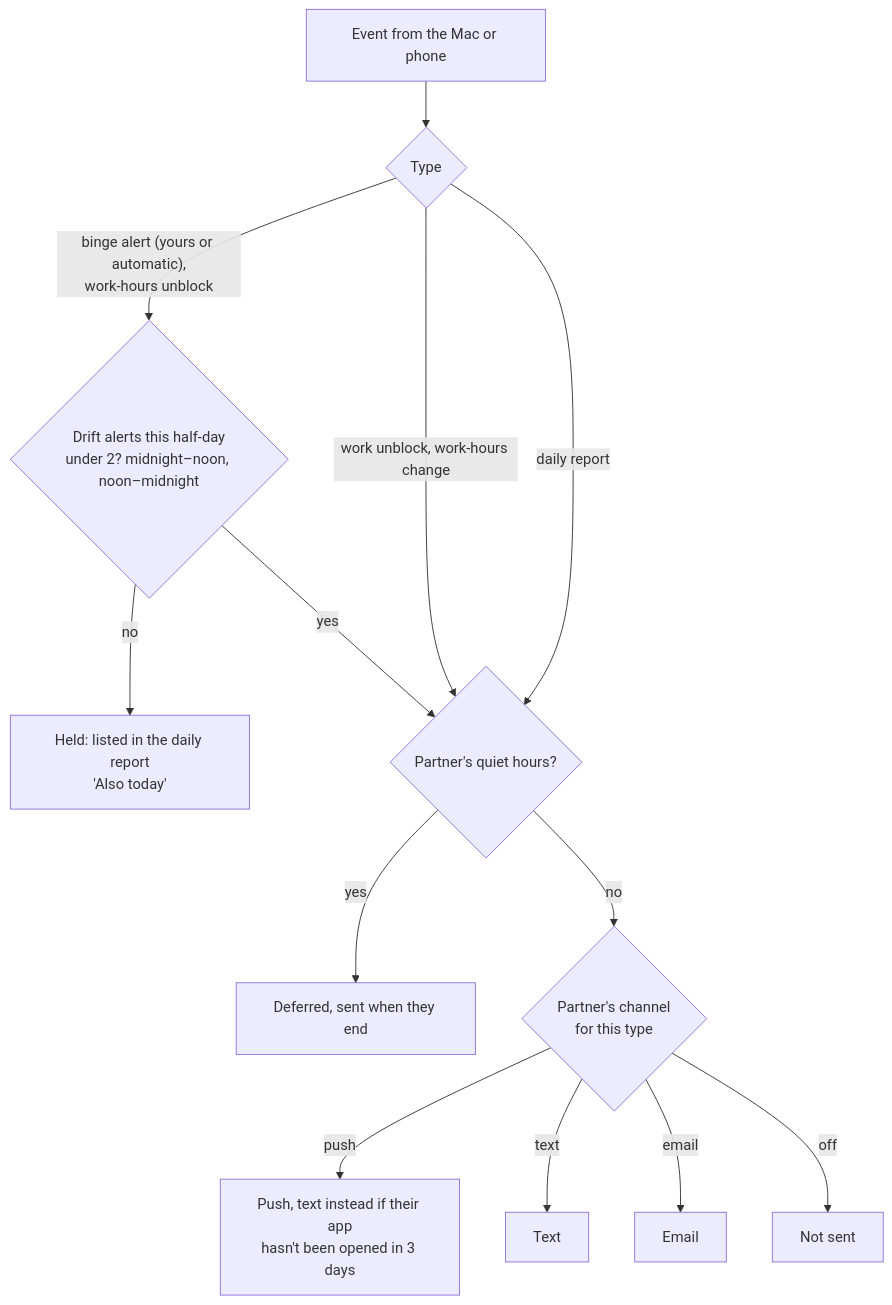
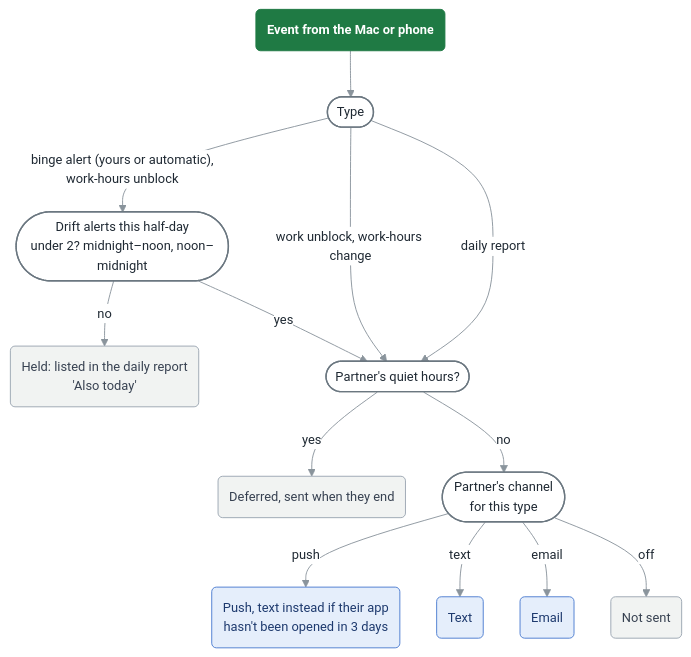
One commit to hodapp512/ontask changed the sixth of 7 diagrams in docs/FLOWS.md. Above: the diagram before and after it, drawn with Mermaid. The commit also changed other lines of this file and 1 other file, not shown here.

Commit message:
FLOWS.md: styled diagrams (theme, rounded boxes, pill questions, colors by meaning, legend)

````diff
--- a/docs/FLOWS.md
+++ b/docs/FLOWS.md
@@ -198,15 +287,28 @@
 ```mermaid
+%%{init: {"theme": "base", "themeVariables": {"fontFamily": "-apple-system, BlinkMacSystemFont, Segoe UI, Helvetica, Arial, sans-serif", "fontSize": "14px", "primaryColor": "#F7F9F8", "primaryBorderColor": "#B8C2BC", "primaryTextColor": "#1F2933", "lineColor": "#8A949C", "edgeLabelBackground": "#FFFFFF", "tertiaryColor": "#F7F9F8", "clusterBkg": "#F4F7F5", "clusterBorder": "#C8D0CB"}, "flowchart": {"curve": "basis", "nodeSpacing": 40, "rankSpacing": 50, "padding": 12}}}%%
 flowchart TD
-    EV[Event from the Mac or phone] --> T{Type}
-    T -- "binge alert (yours or automatic),<br/>work-hours unblock" --> CAP{Drift alerts this half-day<br/>under 2? midnight–noon, noon–midnight}
-    CAP -- no --> HOLD[Held: listed in the daily report<br/>'Also today']
+    EV("Event from the Mac or phone") --> T(["Type"])
+    T -- "binge alert (yours or automatic),<br/>work-hours unblock" --> CAP(["Drift alerts this half-day<br/>under 2? midnight–noon, noon–midnight"])
+    CAP -- no --> HOLD("Held: listed in the daily report<br/>'Also today'")
     CAP -- yes --> Q
     T -- "work unblock, work-hours change" --> Q
     T -- "daily report" --> Q
-    Q{Partner's quiet hours?} -- yes --> DEF[Deferred, sent when they end]
-    Q -- no --> CH{Partner's channel<br/>for this type}
-    CH -- push --> PUSH[Push, text instead if their app<br/>hasn't been opened in 3 days]
-    CH -- text --> TXT[Text]
-    CH -- email --> EM[Email]
-    CH -- off --> NONE[Not sent]
+    Q(["Partner's quiet hours?"]) -- yes --> DEF("Deferred, sent when they end")
+    Q -- no --> CH(["Partner's channel<br/>for this type"])
+    CH -- push --> PUSH("Push, text instead if their app<br/>hasn't been opened in 3 days")
+    CH -- text --> TXT("Text")
+    CH -- email --> EM("Email")
+    CH -- off --> NONE("Not sent")
+
+    classDef start fill:#1F7A44,stroke:#1F7A44,color:#FFFFFF,font-weight:bold
+    classDef good fill:#E3F4EA,stroke:#2E9E5B,color:#14532D
+    classDef bad fill:#FBE7E7,stroke:#D64545,color:#7F1D1D
+    classDef warn fill:#FFF4DA,stroke:#E0A526,color:#6B4E00
+    classDef partner fill:#E5EEFB,stroke:#4A7BD0,color:#1E3A6E
+    classDef quiet fill:#F1F3F2,stroke:#9AA5B1,color:#374151
+    class EV start
+    class PUSH,TXT,EM partner
+    class HOLD,DEF,NONE quiet
+    classDef ask fill:#FFFFFF,stroke:#6B7780,stroke-width:1.5px,color:#1F2933
+    class CAP,CH,Q,T ask
 ```
````
